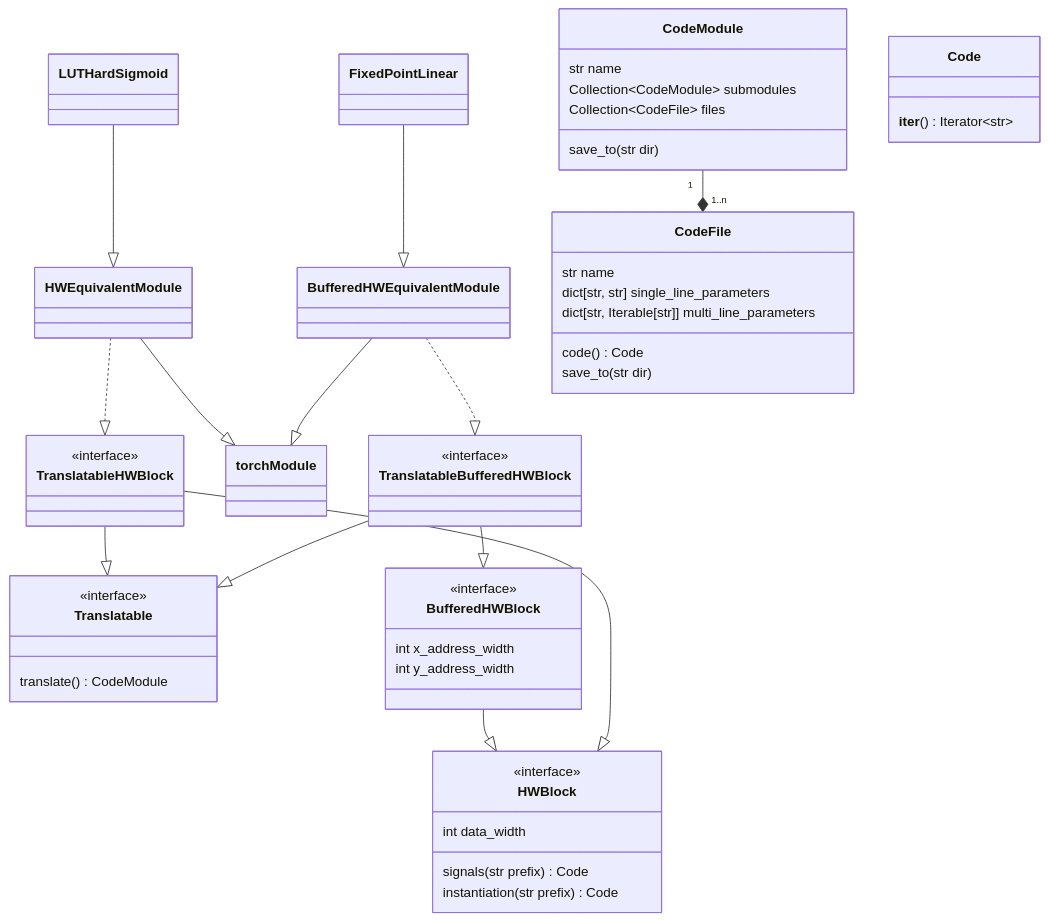
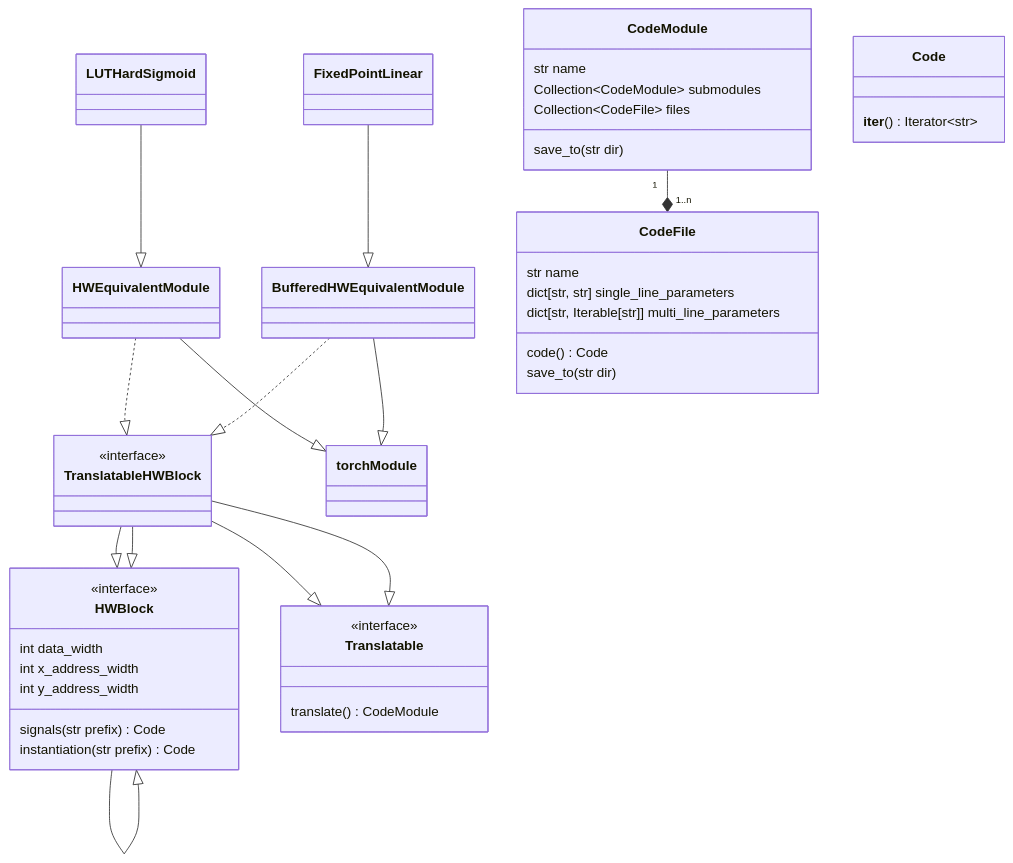
The diagram in elasticai/creator/vhdl/design.md (es-ude/elastic-ai.creator), drawn with Mermaid before and after one commit. The commit also changed 20 other files, not shown here.

````diff
--- a/elasticai/creator/vhdl/design.md
+++ b/elasticai/creator/vhdl/design.md
@@ -2,52 +2,52 @@
 ```mermaid
 classDiagram
   class HWBlock {
     int data_width
     signals(str prefix) Code
     instantiation(str prefix) Code
   }
   
   class Translatable {
     translate() CodeModule
   }
   
   <<interface>> Translatable
   <<interface>> HWBlock
   
   class HWEquivalentModule
   HWEquivalentModule ..|> TranslatableHWBlock
   HWEquivalentModule --|> torchModule
-  BufferedHWEquivalentModule ..|> TranslatableBufferedHWBlock
+  BufferedHWEquivalentModule ..|> TranslatableHWBlock
   BufferedHWEquivalentModule --|> torchModule
-  class BufferedHWBlock {
+  class HWBlock {
     int x_address_width
     int y_address_width
   }
-  BufferedHWBlock --|> HWBlock
+  HWBlock --|> HWBlock
   TranslatableHWBlock --|> HWBlock
   TranslatableHWBlock --|> Translatable
-  TranslatableBufferedHWBlock --|> BufferedHWBlock
-  TranslatableBufferedHWBlock --|> Translatable
+  TranslatableHWBlock --|> HWBlock
+  TranslatableHWBlock --|> Translatable
   FixedPointLinear --|> BufferedHWEquivalentModule
   LUTHardSigmoid --|> HWEquivalentModule
   
   <<interface>> TranslatableHWBlock
-  <<interface>> TranslatableBufferedHWBlock
-  <<interface>> BufferedHWBlock
+  <<interface>> TranslatableHWBlock
+  <<interface>> HWBlock
   CodeModule "1" --* "1..n" CodeFile
   CodeModule: str name
   CodeModule: save_to(str dir)
   CodeModule: Collection~CodeModule~ submodules
   CodeModule: Collection~CodeFile~ files
   class CodeFile {
     str name
     dict[str, str] single_line_parameters
     dict[str, Iterable[str]] multi_line_parameters
     code() Code
     save_to(str dir)
   }
   class Code {
     __iter__() Iterator~str~
   }
 
 ```
````
